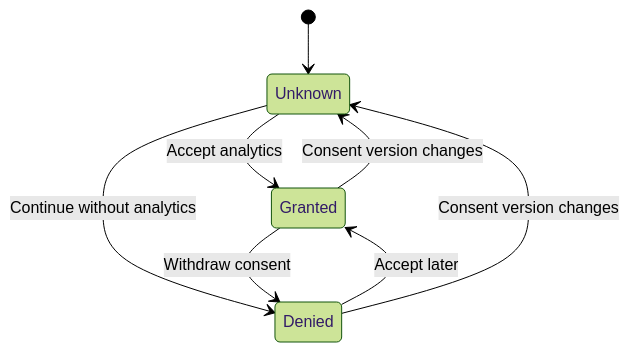
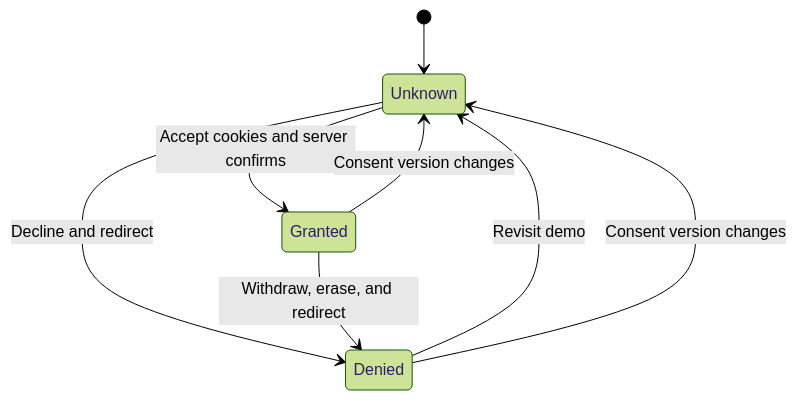
Before and after one commit to ebarti/JobCtrl: the second of 2 diagrams in docs/plans/2026-07-11-public-live-demo-plan.md, drawn with Mermaid (forest theme). The commit also changed other lines of this file, not shown here.

Commit message:
docs: amend live demo consent gate

````diff
--- a/docs/plans/2026-07-11-public-live-demo-plan.md
+++ b/docs/plans/2026-07-11-public-live-demo-plan.md
@@ -516,10 +528,10 @@
 ```mermaid
 stateDiagram-v2
     [*] --> Unknown
-    Unknown --> Granted: Accept analytics
-    Unknown --> Denied: Continue without analytics
-    Granted --> Denied: Withdraw consent
-    Denied --> Granted: Accept later
+    Unknown --> Granted: Accept cookies and server confirms
+    Unknown --> Denied: Decline and redirect
+    Denied --> Unknown: Revisit demo
+    Granted --> Denied: Withdraw, erase, and redirect
     Granted --> Unknown: Consent version changes
     Denied --> Unknown: Consent version changes
 ```
````
